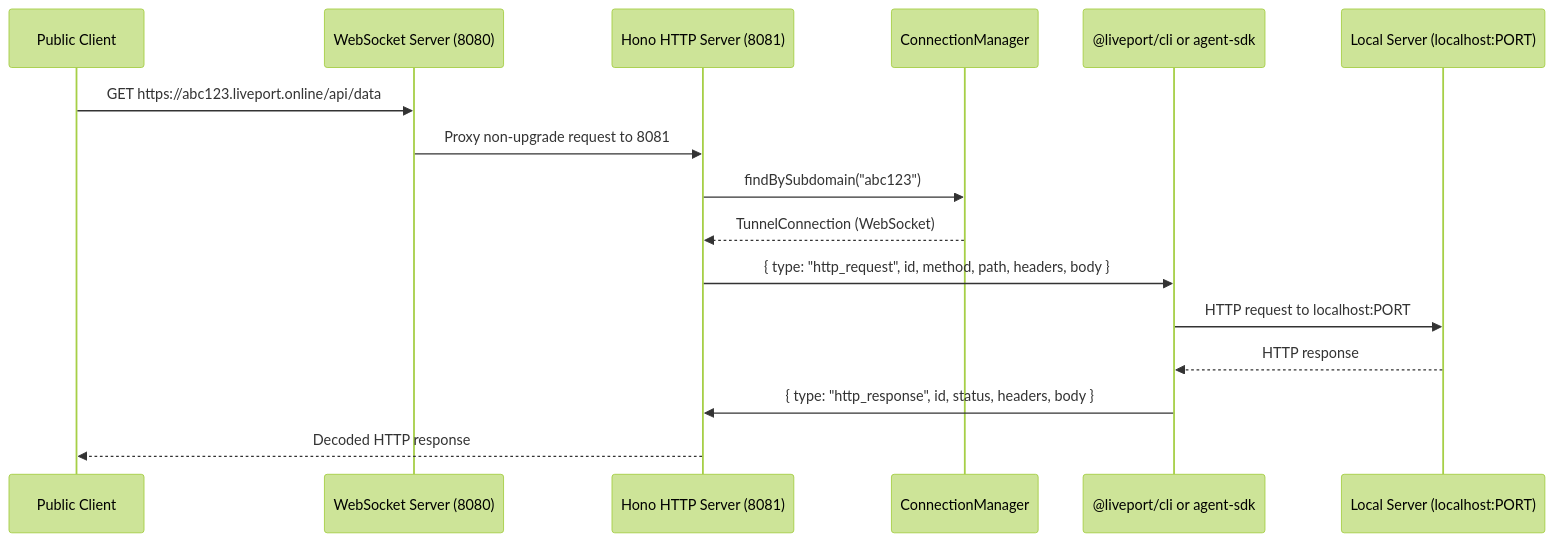
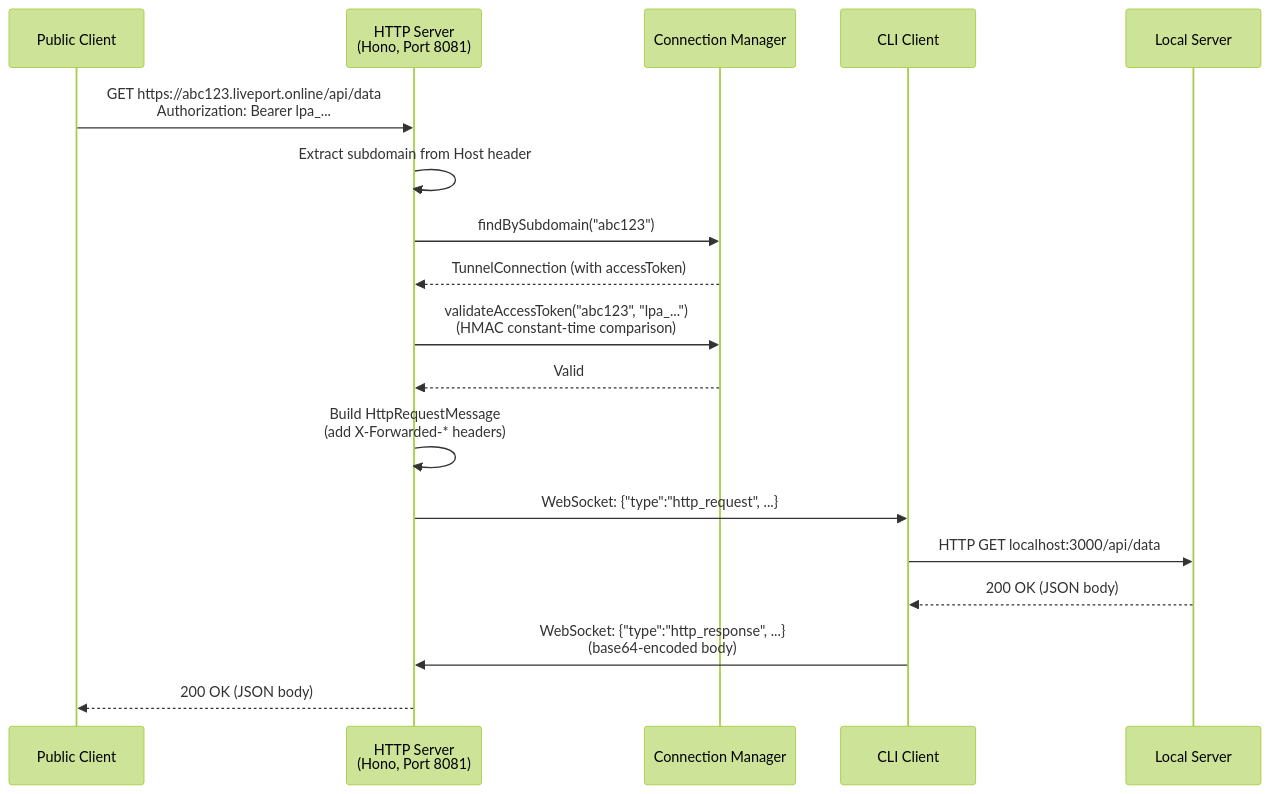
Before and after one commit to dundas/liveport: the third of 4 diagrams in docs/ARCHITECTURE.md, drawn with Mermaid (forest theme). The commit also changed other lines of this file and 17 other files, not shown here.

````diff
--- a/docs/ARCHITECTURE.md
+++ b/docs/ARCHITECTURE.md
@@ -107,19 +93,21 @@
 ```mermaid
 sequenceDiagram
     participant Client as Public Client
-    participant WS as WebSocket Server (8080)
-    participant HTTP as Hono HTTP Server (8081)
-    participant CM as ConnectionManager
-    participant CLI as @liveport/cli or agent-sdk
-    participant Local as Local Server (localhost:PORT)
+    participant HTTP as HTTP Server<br/>(Hono, Port 8081)
+    participant CM as Connection Manager
+    participant CLI as CLI Client
+    participant Local as Local Server
 
-    Client->>WS: GET https://abc123.liveport.online/api/data
-    WS->>HTTP: Proxy non-upgrade request to 8081
+    Client->>HTTP: GET https://abc123.liveport.online/api/data<br/>Authorization: Bearer lpa_...
+    HTTP->>HTTP: Extract subdomain from Host header
     HTTP->>CM: findBySubdomain("abc123")
-    CM-->>HTTP: TunnelConnection (WebSocket)
-    HTTP->>CLI: { type: "http_request", id, method, path, headers, body }
-    CLI->>Local: HTTP request to localhost:PORT
-    Local-->>CLI: HTTP response
-    CLI->>HTTP: { type: "http_response", id, status, headers, body }
-    HTTP-->>Client: Decoded HTTP response
+    CM-->>HTTP: TunnelConnection (with accessToken)
+    HTTP->>CM: validateAccessToken("abc123", "lpa_...")<br/>(HMAC constant-time comparison)
+    CM-->>HTTP: Valid
+    HTTP->>HTTP: Build HttpRequestMessage<br/>(add X-Forwarded-* headers)
+    HTTP->>CLI: WebSocket: {"type":"http_request", ...}
+    CLI->>Local: HTTP GET localhost:3000/api/data
+    Local-->>CLI: 200 OK (JSON body)
+    CLI->>HTTP: WebSocket: {"type":"http_response", ...}<br/>(base64-encoded body)
+    HTTP-->>Client: 200 OK (JSON body)
 ```
````
